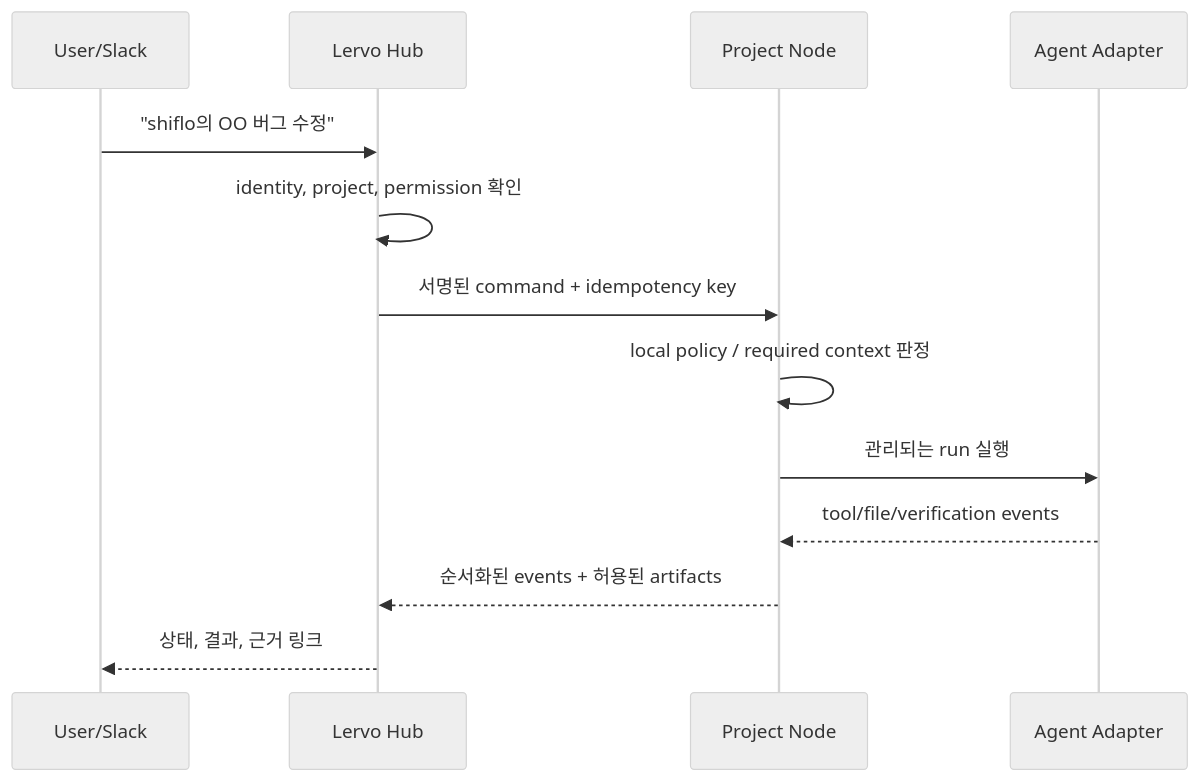
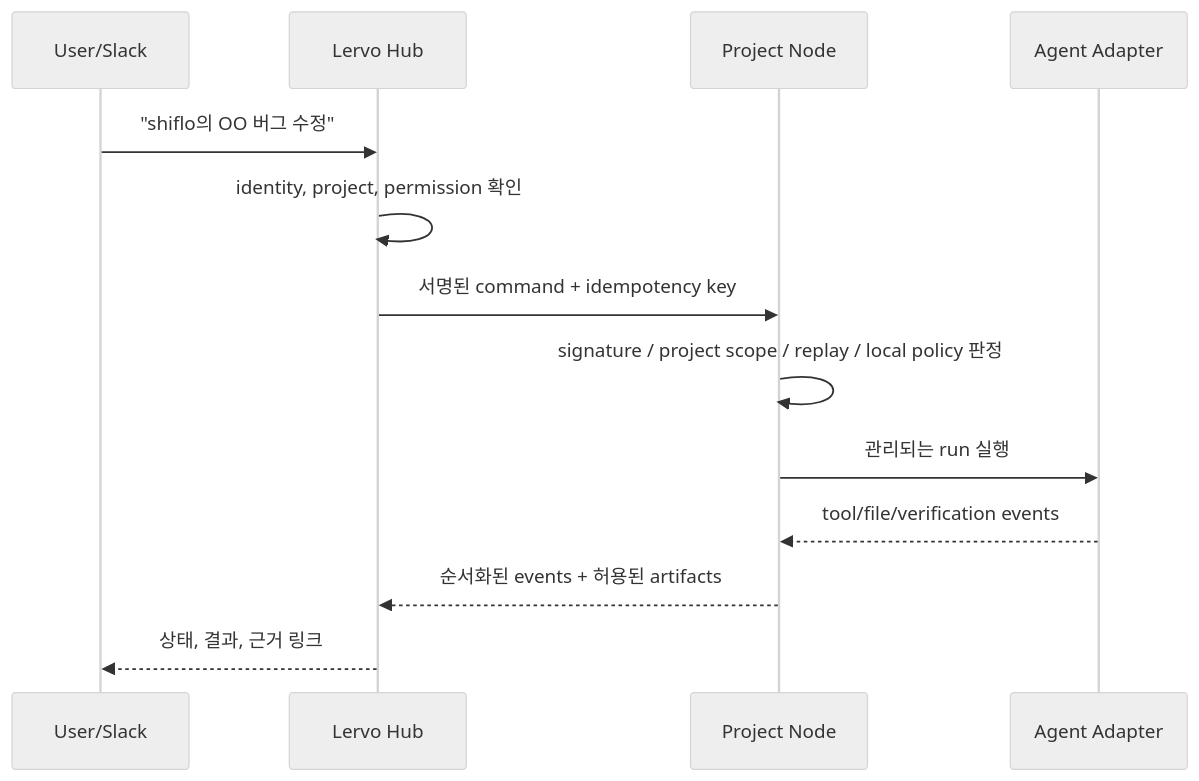
The second of 2 diagrams in LERVO_ARCHITECTURE.md (kimjh96/lervo), drawn with Mermaid (neutral theme) before and after one commit. The commit also changed other lines of this file and 32 other files, not shown here.

````diff
--- a/LERVO_ARCHITECTURE.md
+++ b/LERVO_ARCHITECTURE.md
@@ -334,16 +338,16 @@
 ```mermaid
 sequenceDiagram
     participant U as User/Slack
     participant H as Lervo Hub
     participant N as Project Node
     participant A as Agent Adapter
 
     U->>H: "shiflo의 OO 버그 수정"
     H->>H: identity, project, permission 확인
     H->>N: 서명된 command + idempotency key
-    N->>N: local policy / required context 판정
+    N->>N: signature / project scope / replay / local policy 판정
     N->>A: 관리되는 run 실행
     A-->>N: tool/file/verification events
     N-->>H: 순서화된 events + 허용된 artifacts
     H-->>U: 상태, 결과, 근거 링크
 ```
````
